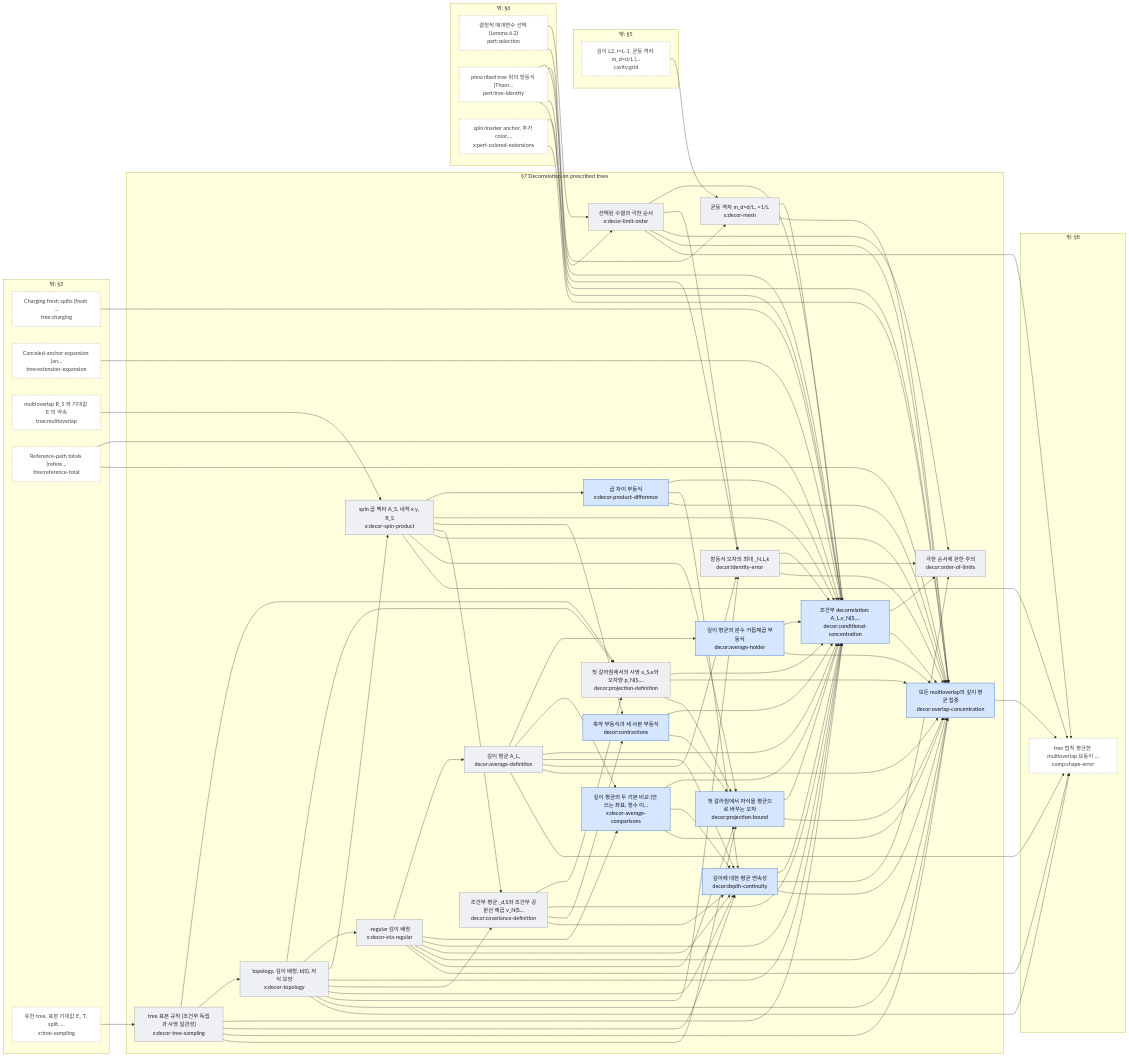
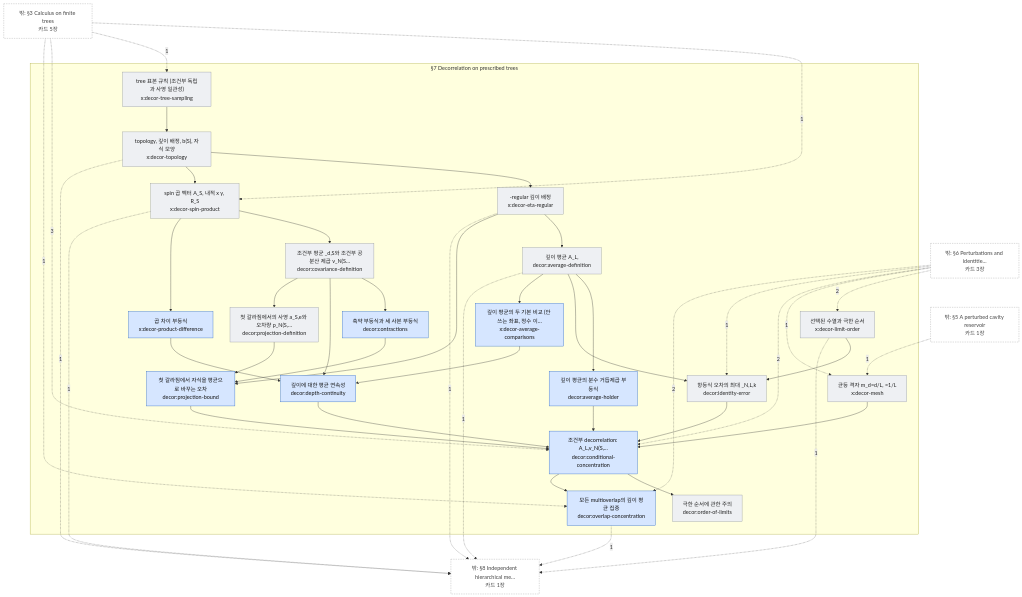
One commit to EuijinJeon/math2phys-site changed the diagram in redesign/build/artifact/maps/sec-decorrelation.mmd. Above: the diagram before and after it, drawn with Mermaid. The commit also changed 40 other files, not shown here.

```diff
--- a/redesign/build/artifact/maps/sec-decorrelation.mmd
+++ b/redesign/build/artifact/maps/sec-decorrelation.mmd
@@ -1,161 +1,96 @@
-flowchart LR
+flowchart TB
   subgraph IN["§7 Decorrelation on prescribed trees"]
     a0["깊이 평균 A_L,<br/>decor:average-definition"]
     a1["깊이 평균의 분수 거듭제곱 부등식<br/>decor:average-holder"]
     a2["조건부 decorrelation: A_L,v_N(S,…<br/>decor:conditional-concentration"]
     a3["축약 부등식과 세 사본 부등식<br/>decor:contractions"]
     a4["조건부 평균 _d,S와 조건부 공분산 제곱 v_N(S…<br/>decor:covariance-definition"]
     a5["깊이에 대한 평균 연속성<br/>decor:depth-continuity"]
     a6["항등식 오차의 최대 _N,L,k<br/>decor:identity-error"]
     a7["극한 순서에 관한 주의<br/>decor:order-of-limits"]
     a8["모든 multioverlap의 깊이 평균 집중<br/>decor:overlap-concentration"]
     a9["첫 갈라짐에서 자식을 평균으로 바꾸는 오차<br/>decor:projection-bound"]
     a10["첫 갈라짐에서의 사영 a_S,e와 오차량 p_N(S,…<br/>decor:projection-definition"]
     a11["깊이 평균의 두 기본 비교 (안 쓰는 좌표, 정수 이…<br/>x:decor-average-comparisons"]
     a12["-regular 깊이 배정<br/>x:decor-eta-regular"]
     a13["선택된 수열과 극한 순서<br/>x:decor-limit-order"]
     a14["균등 격자 m_d=d/L, =1/L<br/>x:decor-mesh"]
     a15["곱 차이 부등식<br/>x:decor-product-difference"]
     a16["spin 곱 벡터 A_S, 내적 x y, R_S<br/>x:decor-spin-product"]
     a17["topology, 깊이 배정, b(S), 자식 모양<br/>x:decor-topology"]
     a18["tree 표본 규칙 (조건부 독립과 사영 일관성)<br/>x:decor-tree-sampling"]
   end
-  subgraph X0["밖: §5"]
-    e0["깊이 L2, r=L-1, 균등 격자 m_d=d/L (…<br/>cavity:grid"]
-  end
-  subgraph X1["밖: §8"]
-    e1["tree 법칙 평균한 multioverlap 요동이 …<br/>comp:shape-error"]
-  end
-  subgraph X2["밖: §6"]
-    e2["결정적 매개변수 선택 (Lemma 6.2)<br/>pert:selection"]
-    e3["prescribed tree 위의 항등식 (Theor…<br/>pert:tree-identity"]
-    e4["spin/marker anchor, 추가 color,…<br/>x:pert-colored-extensions"]
-  end
-  subgraph X3["밖: §3"]
-    e5["Charging fresh splits (fresh …<br/>tree:charging"]
-    e6["Canceled-anchor expansion (an…<br/>tree:extension-expansion"]
-    e7["multioverlap R_S 와 기대값 E 의 약속<br/>tree:multioverlap"]
-    e8["Reference-path totals (refere…<br/>tree:reference-total"]
-    e9["유한 tree, 표본 기대값 E_ T, split, …<br/>x:tree-sampling"]
-  end
+  X0["밖: §3 Calculus on finite trees<br/>카드 5장"]
+  X1["밖: §5 A perturbed cavity reservoir<br/>카드 1장"]
+  X2["밖: §6 Perturbations and identitie…<br/>카드 3장"]
+  X3["밖: §8 Independent hierarchical me…<br/>카드 1장"]
   a0 --> a1
+  a0 --> a6
   a0 --> a11
-  a0 --> a2
-  a0 --> a5
-  a0 --> a6
-  a0 --> a8
-  a0 --> e1
   a1 --> a2
-  a1 --> a8
-  a10 --> a2
-  a10 --> a8
+  a2 --> a7
+  a2 --> a8
+  a3 --> a9
+  a4 --> a3
+  a4 --> a5
+  a4 --> a10
+  a5 --> a2
+  a6 --> a2
+  a9 --> a2
   a10 --> a9
-  a11 --> a2
   a11 --> a5
-  a11 --> a8
   a12 --> a0
-  a12 --> a11
-  a12 --> a2
-  a12 --> a5
-  a12 --> a8
   a12 --> a9
-  a12 --> e1
-  a13 --> a2
   a13 --> a6
-  a13 --> a7
-  a13 --> a8
-  a13 --> e1
   a14 --> a2
-  a14 --> a8
-  a15 --> a2
   a15 --> a5
-  a15 --> a8
+  a16 --> a4
   a16 --> a15
-  a16 --> a2
-  a16 --> a3
-  a16 --> a4
-  a16 --> a8
-  a16 --> a9
-  a16 --> e1
-  a17 --> a10
   a17 --> a12
   a17 --> a16
-  a17 --> a2
-  a17 --> a4
-  a17 --> a5
-  a17 --> a6
-  a17 --> a8
-  a17 --> e1
-  a18 --> a10
   a18 --> a17
-  a18 --> a2
-  a18 --> a5
-  a18 --> a8
-  a18 --> a9
-  a2 --> a7
-  a2 --> a8
-  a3 --> a2
-  a3 --> a9
-  a4 --> a10
-  a4 --> a2
-  a4 --> a3
-  a4 --> a5
-  a5 --> a2
-  a5 --> a7
-  a5 --> a8
-  a6 --> a2
-  a6 --> a7
-  a6 --> a8
-  a8 --> e1
-  a9 --> a2
-  a9 --> a8
-  e0 --> a14
-  e2 --> a13
-  e2 --> a14
-  e3 --> a13
-  e3 --> a2
-  e3 --> a6
-  e3 --> a8
-  e4 --> a2
-  e4 --> a8
-  e5 --> a2
-  e6 --> a2
-  e7 --> a16
-  e8 --> a2
-  e8 --> a8
-  e9 --> a18
+  a0 -.->|1| X3
+  a12 -.->|1| X3
+  X2 -.->|2| a13
+  a13 -.->|1| X3
+  X1 -.->|1| a14
+  X2 -.->|1| a14
+  X0 -.->|1| a16
+  a16 -.->|1| X3
+  a17 -.->|1| X3
+  X0 -.->|1| a18
+  X0 -.->|3| a2
+  X2 -.->|2| a2
+  X2 -.->|1| a6
+  X0 -.->|1| a8
+  X2 -.->|2| a8
+  a8 -.->|1| X3
   classDef thm fill:#d6e6ff,stroke:#1f5fbf,color:#111;
   classDef oth fill:#eef0f3,stroke:#8a8f98,color:#222;
   classDef ext fill:#fff,stroke:#999,stroke-dasharray:4 3,color:#444;
   class a1,a2,a3,a5,a8,a9,a11,a15 thm;
   class a0,a4,a6,a7,a10,a12,a13,a14,a16,a17,a18 oth;
-  class e0,e1,e2,e3,e4,e5,e6,e7,e8,e9 ext;
+  class X0,X1,X2,X3 ext;
   click a0 "cards/decor.average-definition.html"
   click a1 "cards/decor.average-holder.html"
   click a2 "cards/decor.conditional-concentration.html"
   click a3 "cards/decor.contractions.html"
   click a4 "cards/decor.covariance-definition.html"
   click a5 "cards/decor.depth-continuity.html"
   click a6 "cards/decor.identity-error.html"
   click a7 "cards/decor.order-of-limits.html"
   click a8 "cards/decor.overlap-concentration.html"
   click a9 "cards/decor.projection-bound.html"
   click a10 "cards/decor.projection-definition.html"
   click a11 "cards/x.decor-average-comparisons.html"
   click a12 "cards/x.decor-eta-regular.html"
   click a13 "cards/x.decor-limit-order.html"
   click a14 "cards/x.decor-mesh.html"
   click a15 "cards/x.decor-product-difference.html"
   click a16 "cards/x.decor-spin-product.html"
   click a17 "cards/x.decor-topology.html"
   click a18 "cards/x.decor-tree-sampling.html"
-  click e0 "cards/cavity.grid.html"
-  click e1 "cards/comp.shape-error.html"
-  click e2 "cards/pert.selection.html"
-  click e3 "cards/pert.tree-identity.html"
-  click e4 "cards/x.pert-colored-extensions.html"
-  click e5 "cards/tree.charging.html"
-  click e6 "cards/tree.extension-expansion.html"
-  click e7 "cards/tree.multioverlap.html"
-  click e8 "cards/tree.reference-total.html"
-  click e9 "cards/x.tree-sampling.html"
+  click X0 "map-trees.html"
+  click X1 "map-cavity.html"
+  click X2 "map-perturbations.html"
+  click X3 "map-comparison.html"
```
